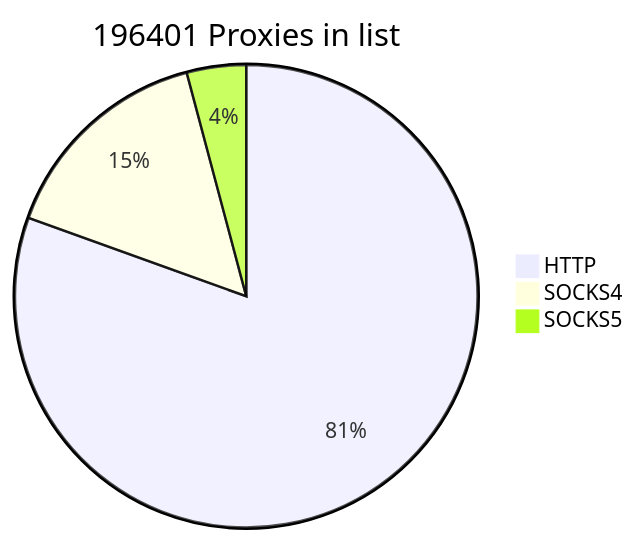
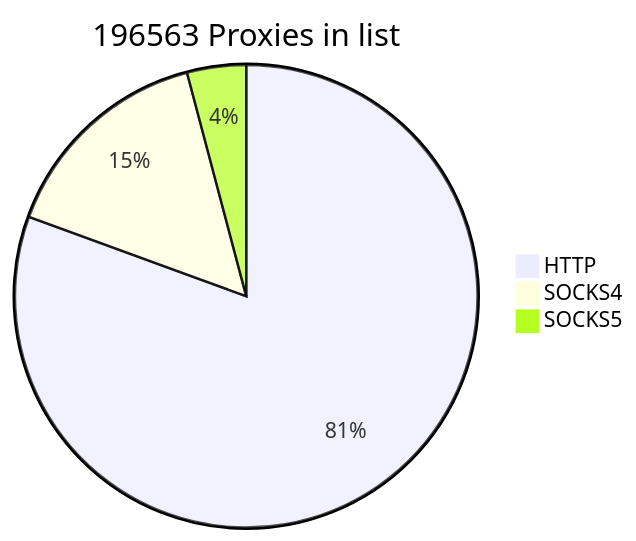
The first of 2 diagrams in README.md (cutipu/proxylist), drawn with Mermaid before and after one commit. The commit also changed other lines of this file, not shown here.

````diff
--- a/README.md
+++ b/README.md
@@ -2,7 +2,7 @@
 ```mermaid
-pie title 196401 Proxies in list
-    "HTTP" : 158105
-    "SOCKS4" : 30158
-    "SOCKS5" : 8138
+pie title 196563 Proxies in list
+    "HTTP" : 158377
+    "SOCKS4" : 30081
+    "SOCKS5" : 8105
             
 ```
````
